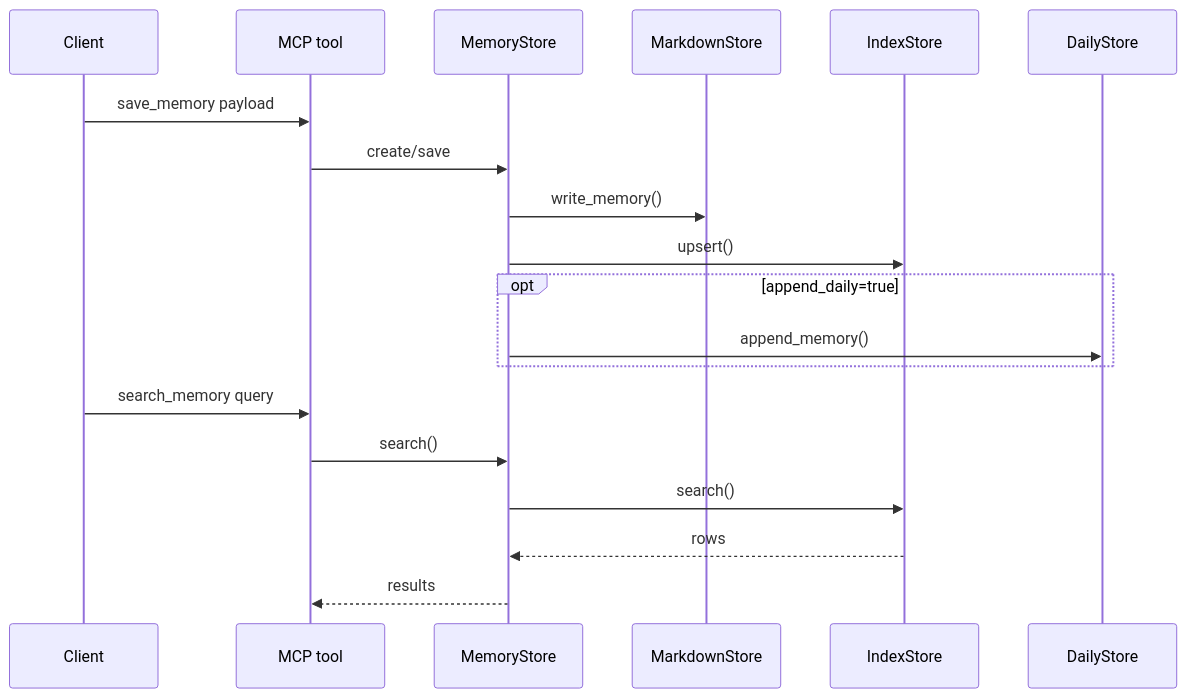
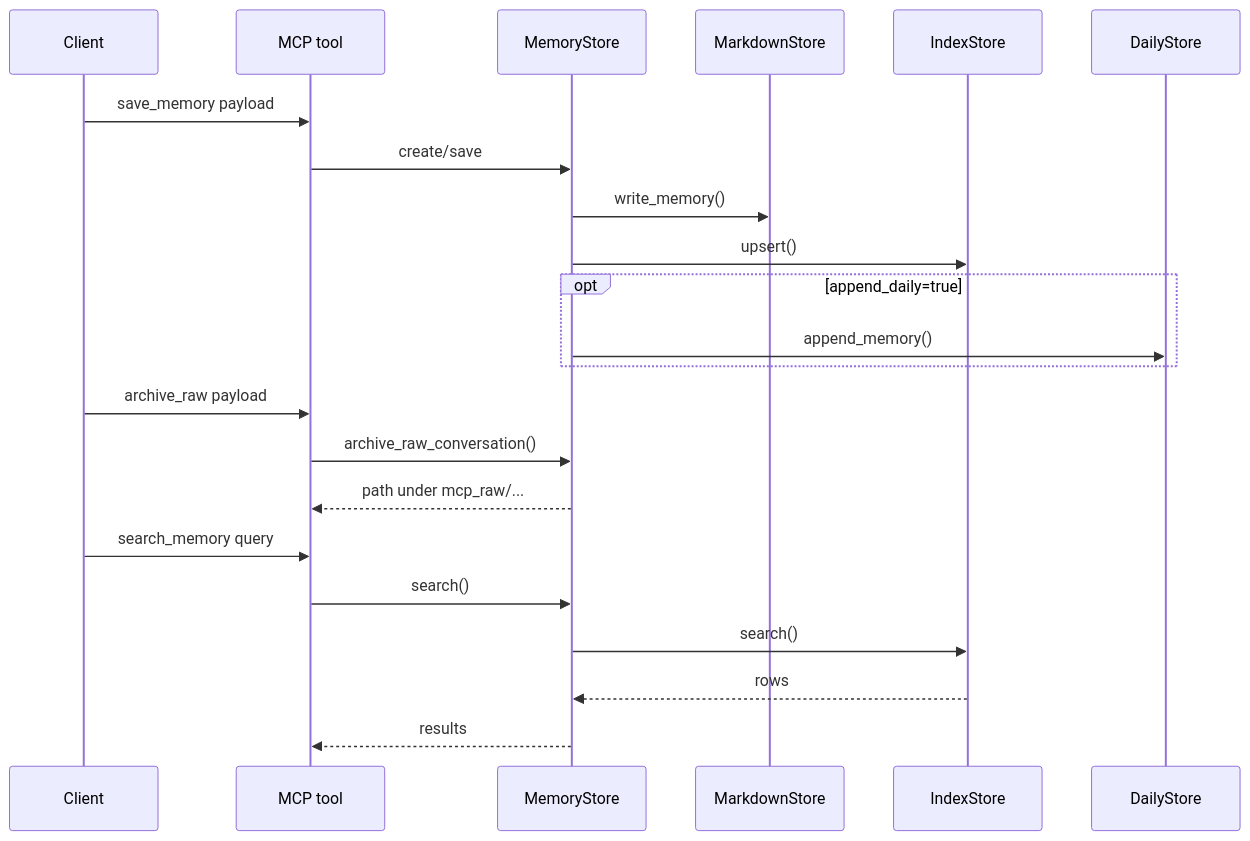
One commit to macho715/mcp_obsi changed the second of 5 diagrams in SYSTEM_ARCHITECTURE.md. Above: the diagram before and after it, drawn with Mermaid. The commit also changed other lines of this file and 3 other files, not shown here.

````diff
--- a/SYSTEM_ARCHITECTURE.md
+++ b/SYSTEM_ARCHITECTURE.md
@@ -96,22 +102,25 @@
 ```mermaid
 sequenceDiagram
   participant Client
   participant MCP as MCP tool
   participant Store as MemoryStore
   participant MD as MarkdownStore
   participant DB as IndexStore
   participant Daily as DailyStore
 
   Client->>MCP: save_memory payload
   MCP->>Store: create/save
   Store->>MD: write_memory()
   Store->>DB: upsert()
   opt append_daily=true
     Store->>Daily: append_memory()
   end
+  Client->>MCP: archive_raw payload
+  MCP->>Store: archive_raw_conversation()
+  Store-->>MCP: path under mcp_raw/...
   Client->>MCP: search_memory query
   MCP->>Store: search()
   Store->>DB: search()
   DB-->>Store: rows
   Store-->>MCP: results
 ```
````
